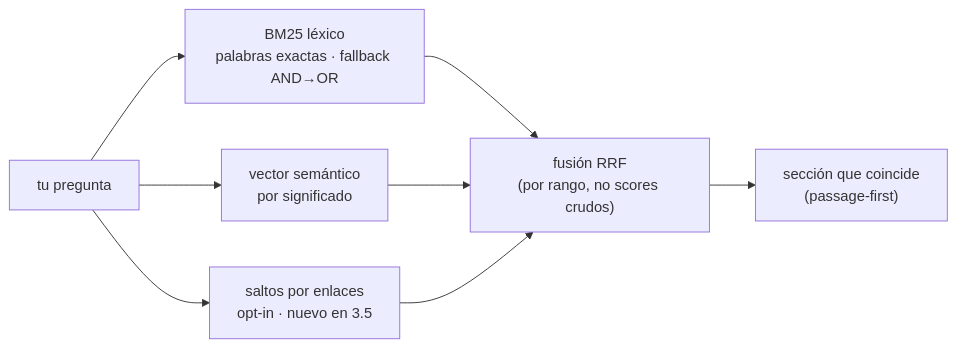
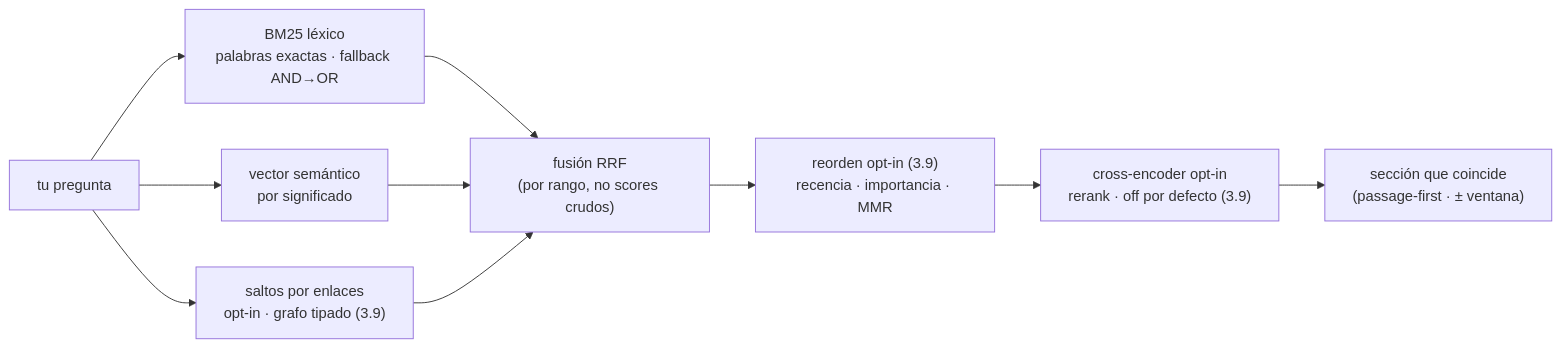
The second of 9 diagrams in docs/es/como-funciona.md (Vahlame/create-vkm-kit), drawn with Mermaid before and after one commit. The commit also changed other lines of this file and 2 other files, not shown here.

Commit message:
docs(how-it-works): show 3.9 retrieval stages in the diagram (ES/EN)
The retrieval-stack Mermaid in how-it-works/cómo-funciona only showed
lexical + semantic + graph → RRF → passage. It now also shows the 3.9 opt-in,
off-by-default post-fusion stages — reorder (recency · importance · MMR) and the
cross-encoder reranker — plus a sentence explaining the reranker is the precision
lever (reads query + passage together) and needs a strong, language-matched model.
Docs-only; markers stay at 3.9.1.

````diff
--- a/docs/es/como-funciona.md
+++ b/docs/es/como-funciona.md
@@ -141,10 +141,12 @@
 ```mermaid
 flowchart LR
   Q["tu pregunta"] --> L["BM25 léxico<br/>palabras exactas · fallback AND→OR"]
   Q --> S["vector semántico<br/>por significado"]
-  Q --> G["saltos por enlaces<br/>opt-in · nuevo en 3.5"]
+  Q --> G["saltos por enlaces<br/>opt-in · grafo tipado (3.9)"]
   L --> F["fusión RRF<br/>(por rango, no scores crudos)"]
   S --> F
   G --> F
-  F --> P["sección que coincide<br/>(passage-first)"]
+  F --> B["reorden opt-in (3.9)<br/>recencia · importancia · MMR"]
+  B --> R["cross-encoder opt-in<br/>rerank · off por defecto (3.9)"]
+  R --> P["sección que coincide<br/>(passage-first · ± ventana)"]
 ```
````
